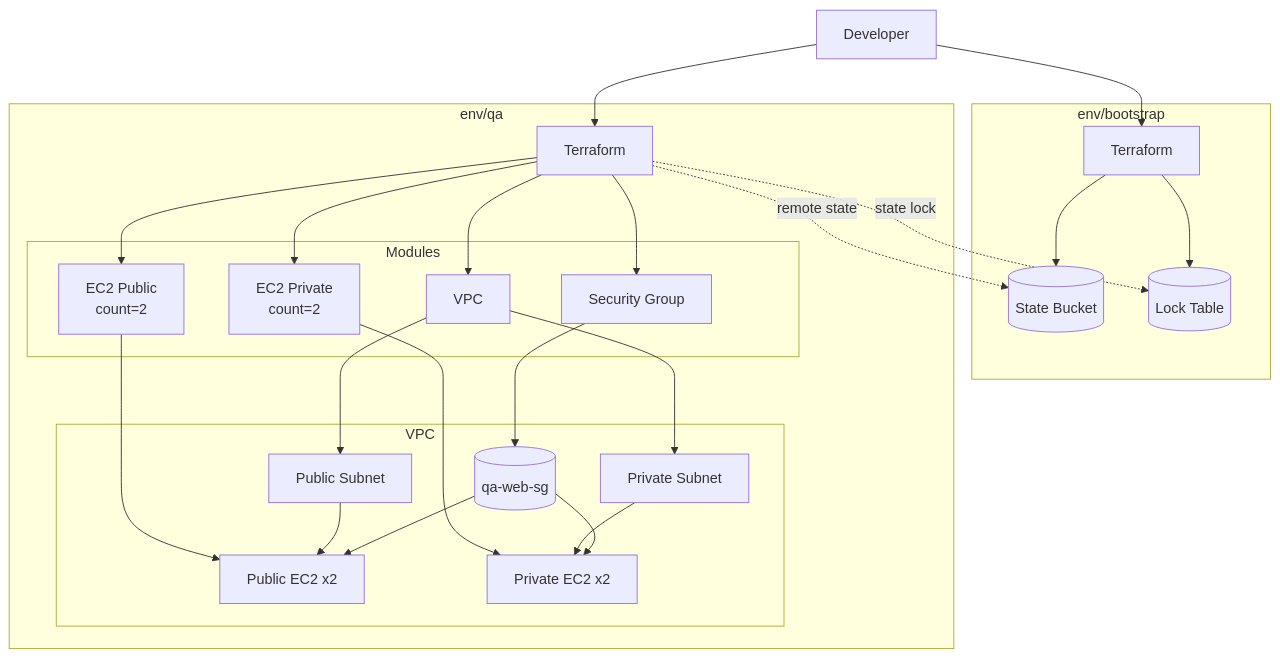
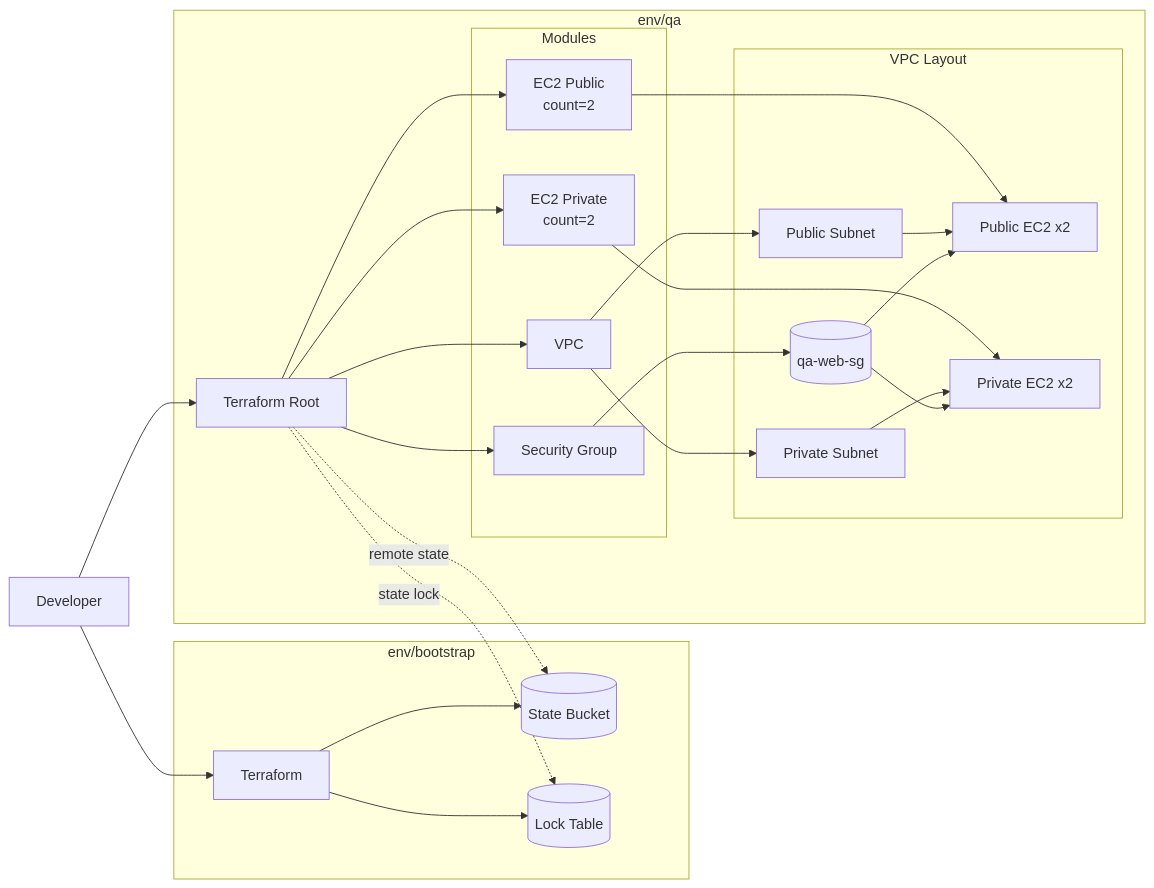
One commit to SiddharthKhajuria/Terraform_Project changed the diagram in README.md. Above: the diagram before and after it, drawn with Mermaid.

````diff
--- a/README.md
+++ b/README.md
@@ -7,53 +7,53 @@
 ```mermaid
-flowchart TB
+flowchart LR
     U[Developer]
 
     subgraph BACKEND[env/bootstrap]
       BTF[Terraform]
       S3[(State Bucket)]
       DDB[(Lock Table)]
       BTF --> S3
       BTF --> DDB
     end
 
     subgraph QA[env/qa]
-      QTF[Terraform]
+      QTF[Terraform Root]
 
       subgraph MOD[Modules]
         VPCM[VPC]
         SGM[Security Group]
         PUBM[EC2 Public\ncount=2]
         PRVM[EC2 Private\ncount=2]
       end
 
-      subgraph NET[VPC]
+      subgraph NET[VPC Layout]
         PUBS[Public Subnet]
         PVTS[Private Subnet]
         SGID[(qa-web-sg)]
         PUBE[Public EC2 x2]
         PRVE[Private EC2 x2]
       end
 
       QTF --> VPCM
       QTF --> SGM
       QTF --> PUBM
       QTF --> PRVM
 
       VPCM --> PUBS
       VPCM --> PVTS
       SGM --> SGID
 
       PUBM --> PUBE
       PRVM --> PRVE
 
       PUBS --> PUBE
       PVTS --> PRVE
       SGID --> PUBE
       SGID --> PRVE
     end
 
     U --> BTF
     U --> QTF
     QTF -. remote state .-> S3
     QTF -. state lock .-> DDB
 ```
````
